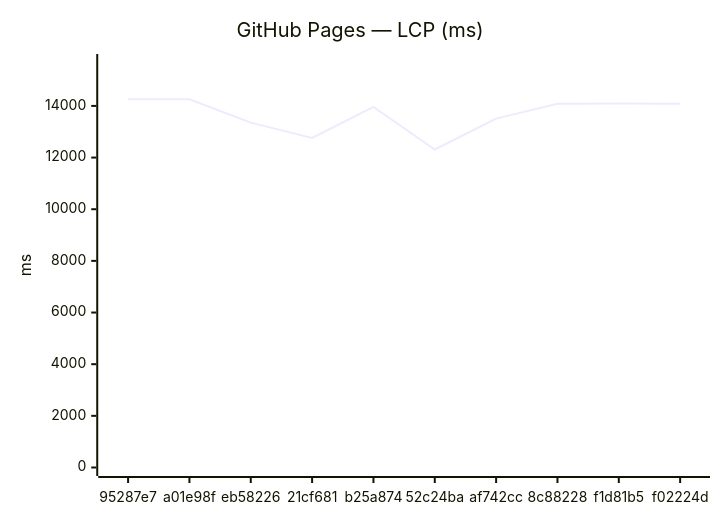
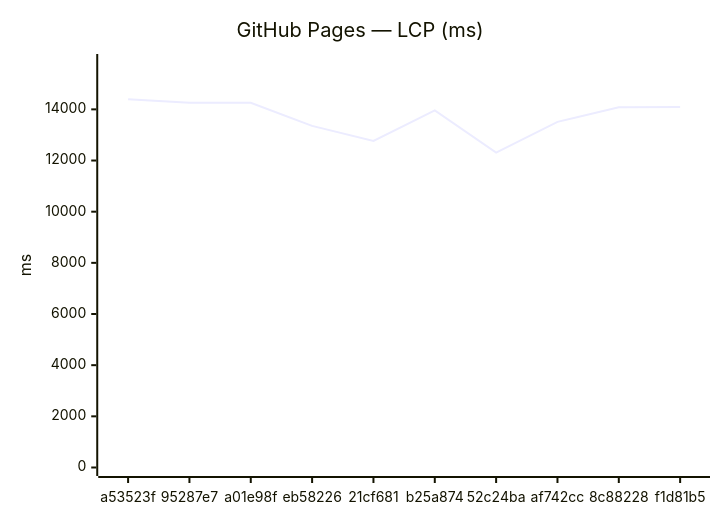
Before and after one commit to Metaheurist/Rianell: the third of 18 diagrams in benchmarks/compare.md, drawn with Mermaid. The commit also changed other lines of this file and 11 other files, not shown here.

````diff
--- a/benchmarks/compare.md
+++ b/benchmarks/compare.md
@@ -54,7 +54,7 @@
 ```mermaid
 xychart-beta
     title "GitHub Pages — LCP (ms)"
-    x-axis ["95287e7", "a01e98f", "eb58226", "21cf681", "b25a874", "52c24ba", "af742cc", "8c88228", "f1d81b5", "f02224d"]
-    y-axis "ms" 0 --> 15681
-    line [14255, 14254, 13354, 12763, 13959, 12313, 13510, 14082, 14090, 14084]
+    x-axis ["a53523f", "95287e7", "a01e98f", "eb58226", "21cf681", "b25a874", "52c24ba", "af742cc", "8c88228", "f1d81b5"]
+    y-axis "ms" 0 --> 15832
+    line [14392, 14255, 14254, 13354, 12763, 13959, 12313, 13510, 14082, 14090]
 ```
````
